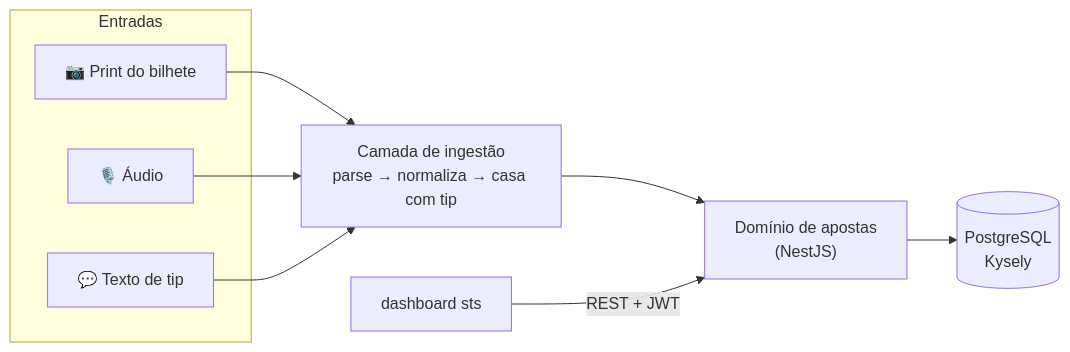
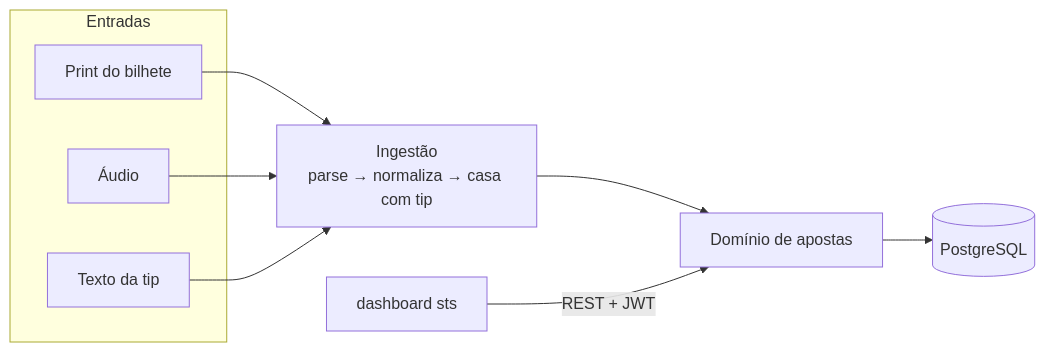
One commit to BrunoPerioto1/stsbackend changed the first of 2 diagrams in README.md. Above: the diagram before and after it, drawn with Mermaid. The commit also changed other lines of this file and 1 other file, not shown here.

````diff
--- a/README.md
+++ b/README.md
@@ -15,14 +15,14 @@
 ```mermaid
 graph LR
     subgraph Entradas
-        IMG["📷 Print do bilhete"]
-        AUD["🎙️ Áudio"]
-        TXT["💬 Texto de tip"]
+        IMG["Print do bilhete"]
+        AUD["Áudio"]
+        TXT["Texto da tip"]
     end
     IMG --> P
     AUD --> P
     TXT --> P
-    P["Camada de ingestão<br/>parse → normaliza → casa com tip"] --> API["Domínio de apostas<br/>(NestJS)"]
+    P["Ingestão<br/>parse → normaliza → casa com tip"] --> API["Domínio de apostas"]
     WEB["dashboard sts"] -->|REST + JWT| API
-    API --> DB[("PostgreSQL<br/>Kysely")]
+    API --> DB[("PostgreSQL")]
 ```
````
